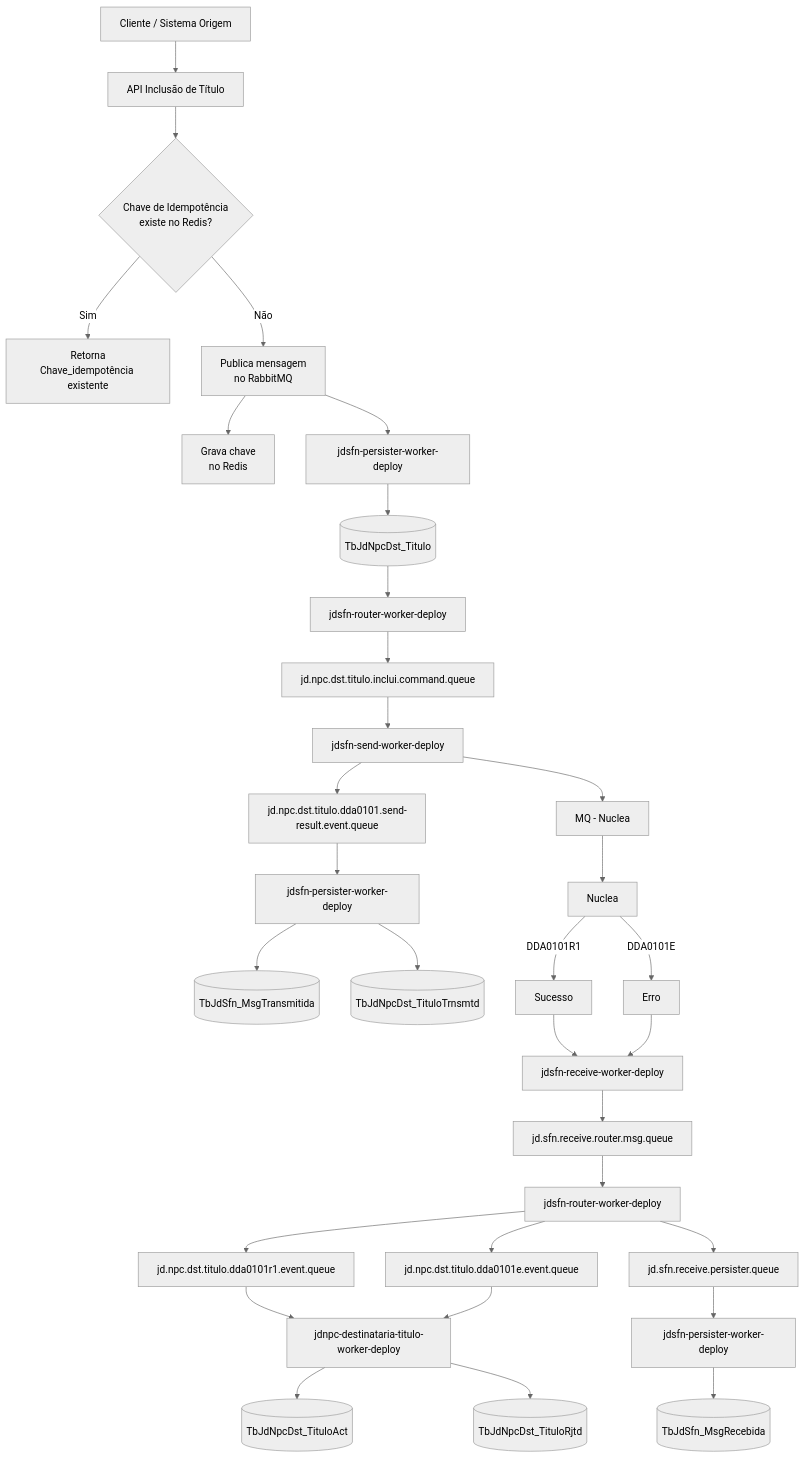
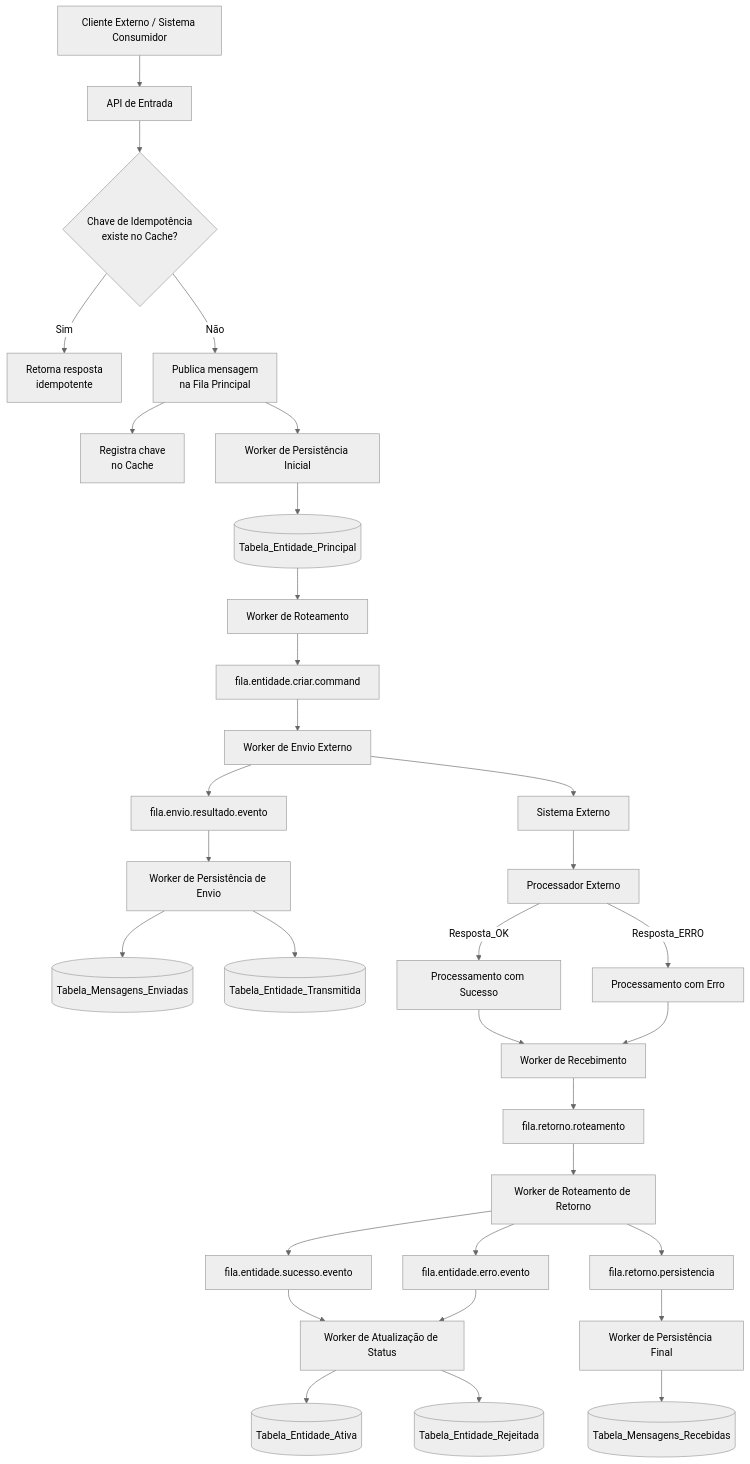
Before and after one commit to llopes0610/jddocs: the diagram in docs/arquitetura/fluxo-inclusao-titulo.md, drawn with Mermaid (neutral theme). The commit also changed other lines of this file, not shown here.

````diff
--- a/docs/arquitetura/fluxo-inclusao-titulo.md
+++ b/docs/arquitetura/fluxo-inclusao-titulo.md
@@ -36,48 +36,48 @@
 ```mermaid
 flowchart TD
-    A[Cliente / Sistema Origem] --> B[API Inclusão de Título]
+    A[Cliente Externo / Sistema Consumidor] --> B[API de Entrada]
 
-    B --> C{Chave de Idempotência<br/>existe no Redis?}
+    B --> C{Chave de Idempotência<br/>existe no Cache?}
 
-    C -->|Sim| D[Retorna<br/>Chave_idempotência existente]
+    C -->|Sim| D[Retorna resposta<br/>idempotente]
 
-    C -->|Não| E[Publica mensagem<br/>no RabbitMQ]
-    E --> F[Grava chave<br/>no Redis]
+    C -->|Não| E[Publica mensagem<br/>na Fila Principal]
+    E --> F[Registra chave<br/>no Cache]
 
-    E --> G[jdsfn-persister-worker-deploy]
-    G --> H[(TbJdNpcDst_Titulo)]
+    E --> G[Worker de Persistência Inicial]
+    G --> H[(Tabela_Entidade_Principal)]
 
-    H --> I[jdsfn-router-worker-deploy]
-    I --> J[jd.npc.dst.titulo.inclui.command.queue]
+    H --> I[Worker de Roteamento]
+    I --> J[fila.entidade.criar.command]
 
-    J --> K[jdsfn-send-worker-deploy]
-    K --> L[MQ - Nuclea]
-    K --> M[jd.npc.dst.titulo.dda0101.send-result.event.queue]
+    J --> K[Worker de Envio Externo]
+    K --> L[Sistema Externo]
+    K --> M[fila.envio.resultado.evento]
 
-    M --> N[jdsfn-persister-worker-deploy]
-    N --> O[(TbJdSfn_MsgTransmitida)]
-    N --> P[(TbJdNpcDst_TituloTrnsmtd)]
+    M --> N[Worker de Persistência de Envio]
+    N --> O[(Tabela_Mensagens_Enviadas)]
+    N --> P[(Tabela_Entidade_Transmitida)]
 
-    L --> Q[Nuclea]
-    Q -->|DDA0101R1| R[Sucesso]
-    Q -->|DDA0101E| S[Erro]
+    L --> Q[Processador Externo]
+    Q -->|Resposta_OK| R[Processamento com Sucesso]
+    Q -->|Resposta_ERRO| S[Processamento com Erro]
 
-    R --> T[jdsfn-receive-worker-deploy]
+    R --> T[Worker de Recebimento]
     S --> T
 
-    T --> U[jd.sfn.receive.router.msg.queue]
+    T --> U[fila.retorno.roteamento]
 
-    U --> V[jdsfn-router-worker-deploy]
-    V --> W[jd.npc.dst.titulo.dda0101r1.event.queue]
-    V --> X[jd.npc.dst.titulo.dda0101e.event.queue]
-    V --> Y[jd.sfn.receive.persister.queue]
+    U --> V[Worker de Roteamento de Retorno]
+    V --> W[fila.entidade.sucesso.evento]
+    V --> X[fila.entidade.erro.evento]
+    V --> Y[fila.retorno.persistencia]
 
-    Y --> Z[jdsfn-persister-worker-deploy]
-    Z --> AA[(TbJdSfn_MsgRecebida)]
+    Y --> Z[Worker de Persistência Final]
+    Z --> AA[(Tabela_Mensagens_Recebidas)]
 
-    W --> AB[jdnpc-destinataria-titulo-worker-deploy]
+    W --> AB[Worker de Atualização de Status]
     X --> AB
 
-    AB --> AC[(TbJdNpcDst_TituloAct)]
-    AB --> AD[(TbJdNpcDst_TituloRjtd)]
+    AB --> AC[(Tabela_Entidade_Ativa)]
+    AB --> AD[(Tabela_Entidade_Rejeitada)]
 ```
````
